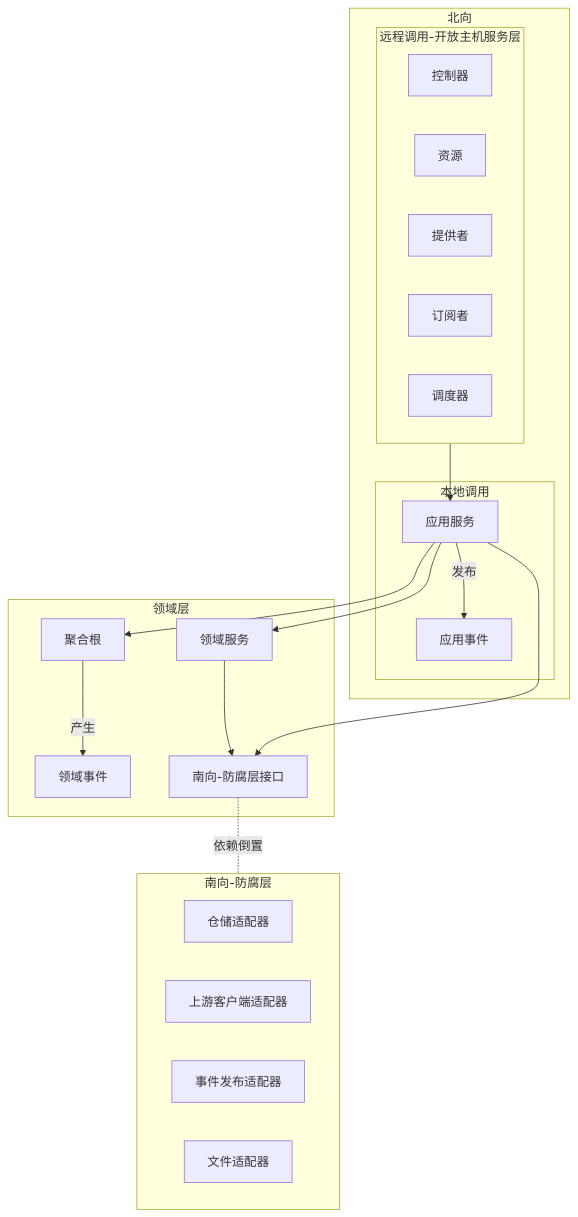
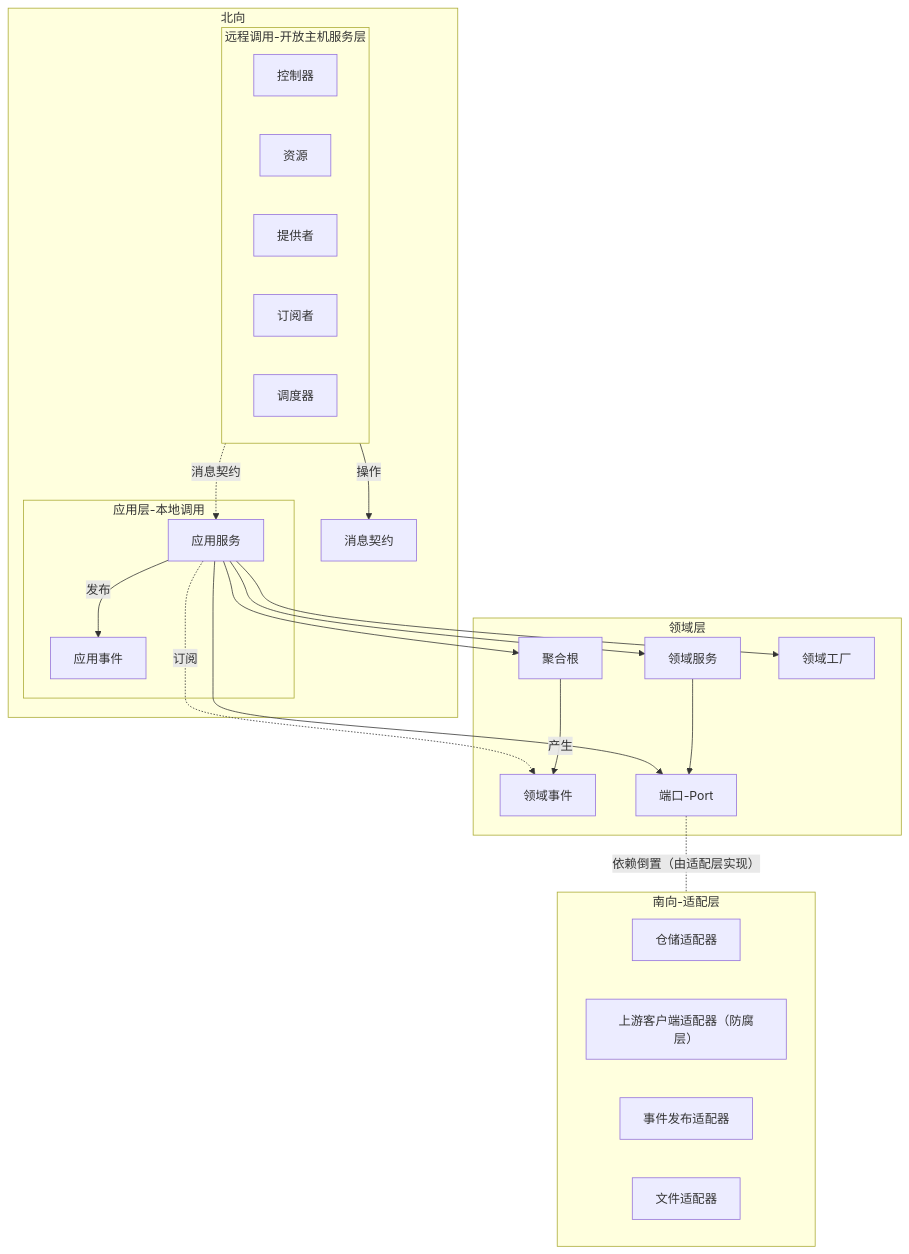
The second of 2 diagrams in matrix-framework-ddd/Guideline_DDD.md (WangLiangChen/matrix-framework), drawn with Mermaid before and after one commit. The commit also changed other lines of this file and 90 other files, not shown here.

````diff
--- a/matrix-framework-ddd/Guideline_DDD.md
+++ b/matrix-framework-ddd/Guideline_DDD.md
@@ -215,36 +579,41 @@
 ```mermaid
 graph TD
     subgraph NorthBound[北向]
         subgraph Remote[远程调用-开放主机服务层]
             Controller[控制器]
             Resource[资源]
             Provider[提供者]
             Subscriber[订阅者]
             Scheduler[调度器]
         end
-        subgraph Local[本地调用]
+        subgraph Local[应用层-本地调用]
             ApplicationService[应用服务]
             ApplicationEvent[应用事件]
         end
+        MessageContract[消息契约]
     end
     subgraph Domain[领域层]
         AggregateRoot[聚合根]
         DomainService[领域服务]
         DomainEvent[领域事件]
-        Port[南向-防腐层接口]
+        DomainFactory[领域工厂]
+        Port[端口-Port]
     end
-    subgraph SouthBound_ACL[南向-防腐层]
+    subgraph SouthBound[南向-适配层]
         RepositoryAdapter[仓储适配器]
-        ClientAdapter[上游客户端适配器]
+        ClientAdapter[上游客户端适配器（防腐层）]
         PublisherAdapter[事件发布适配器]
         FileAdapter[文件适配器]
     end
-    Remote --> ApplicationService
+    Remote -- 操作 --> MessageContract
+    Remote -.->|消息契约| ApplicationService
     ApplicationService -- 发布 --> ApplicationEvent
     ApplicationService --> DomainService
     ApplicationService --> Port
     ApplicationService --> AggregateRoot
+    ApplicationService --> DomainFactory
+    ApplicationService -.->|订阅| DomainEvent
     DomainService --> Port
     AggregateRoot -- 产生 --> DomainEvent
-    Port <-.-|依赖倒置| SouthBound_ACL
+    Port <-.-|依赖倒置（由适配层实现）| SouthBound
 ```
````
